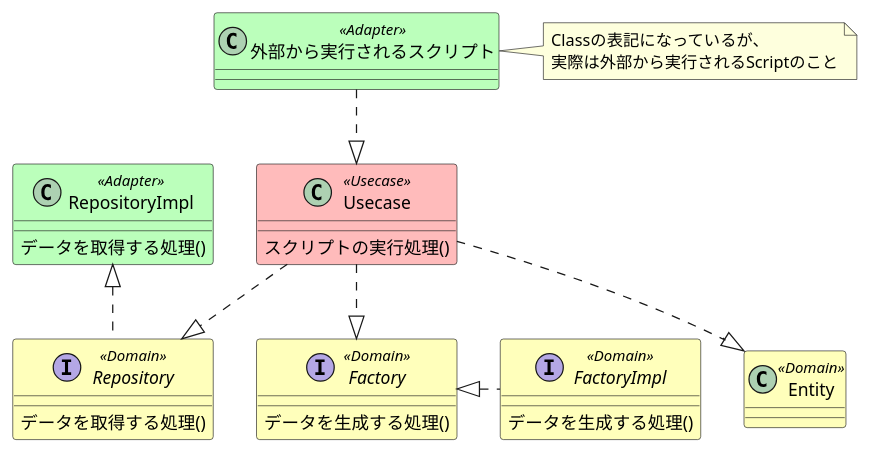
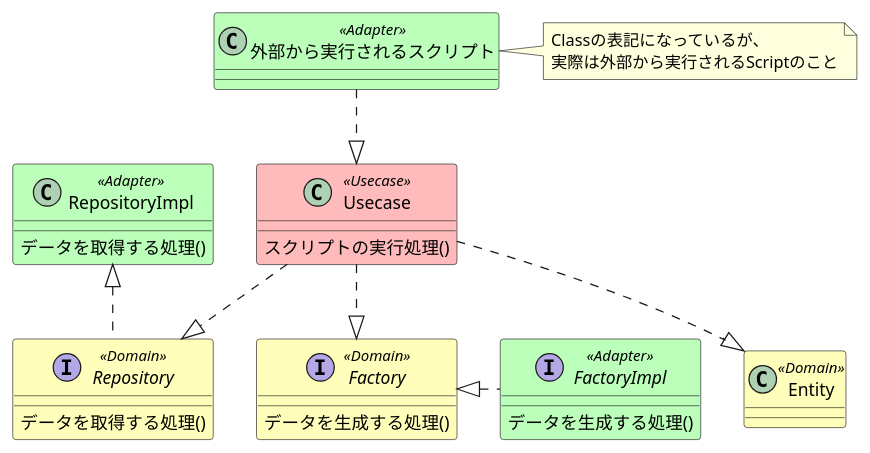
The diagram in question1/document/arch.puml (mk2taiga/dely-test), drawn with PlantUML before and after one commit. The commit also changed 7 other files, not shown here.

```diff
--- a/question1/document/arch.puml
+++ b/question1/document/arch.puml
@@ -1,43 +1,43 @@
 @startuml
 
 skinparam class {
   BackgroundColor<<Adapter>> #bbffbb
   BackgroundColor<<Usecase>> #ffbbbb
   BackgroundColor<<Domain>> #ffffbb
 }
 
 class 外部から実行されるスクリプト <<Adapter>> {
 }
 note right : Classの表記になっているが、\n実際は外部から実行されるScriptのこと
 
 class RepositoryImpl <<Adapter>> {
     データを取得する処理()
 }
 
 class Usecase <<Usecase>> {
   スクリプトの実行処理()
 }
 
 interface Repository <<Domain>> {
     データを取得する処理()
 }
 
 class Entity <<Domain>> {
 }
 
 interface Factory <<Domain>> {
     データを生成する処理()
 }
 
-interface FactoryImpl <<Domain>> {
+interface FactoryImpl <<Adapter>> {
     データを生成する処理()
 }
 
 外部から実行されるスクリプト .down.|> Usecase
 Repository .up.|> RepositoryImpl
-Usecase .down.|> Repository
 Usecase .down.|> Factory
 FactoryImpl .left.|>Factory
+Usecase .down.|> Repository
 Usecase .down.|> Entity
 
 @enduml
```
